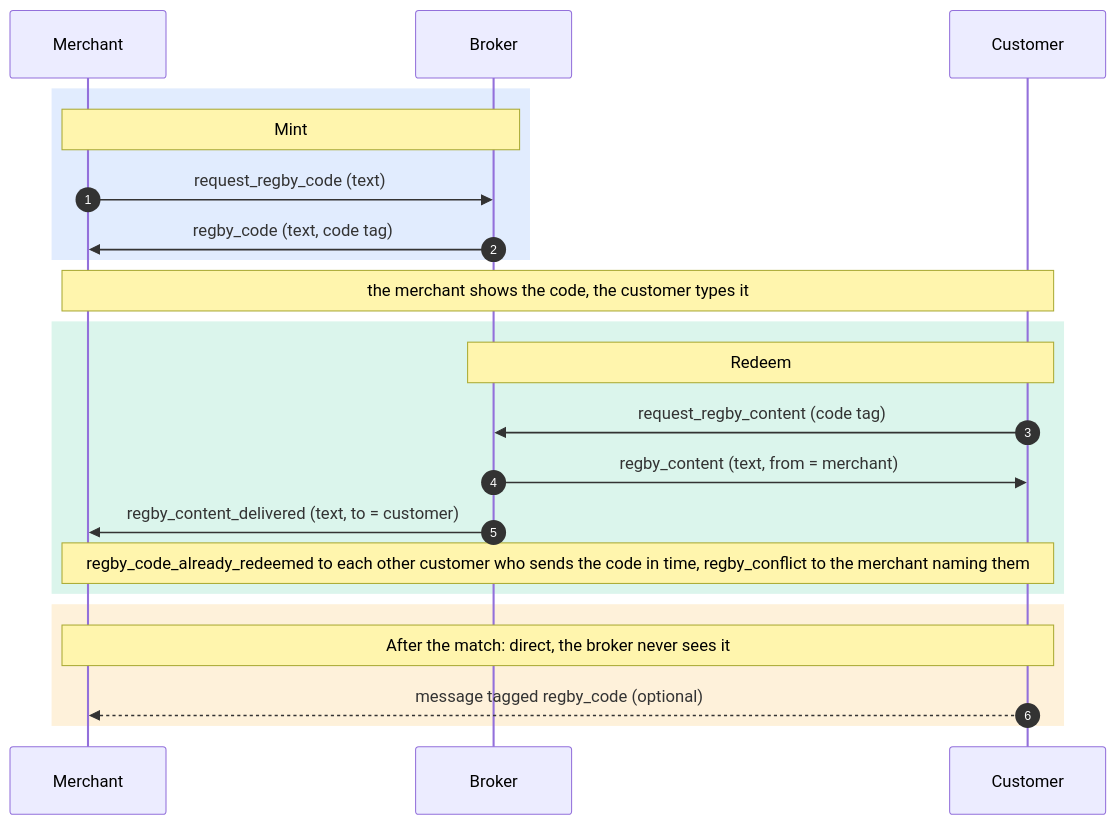
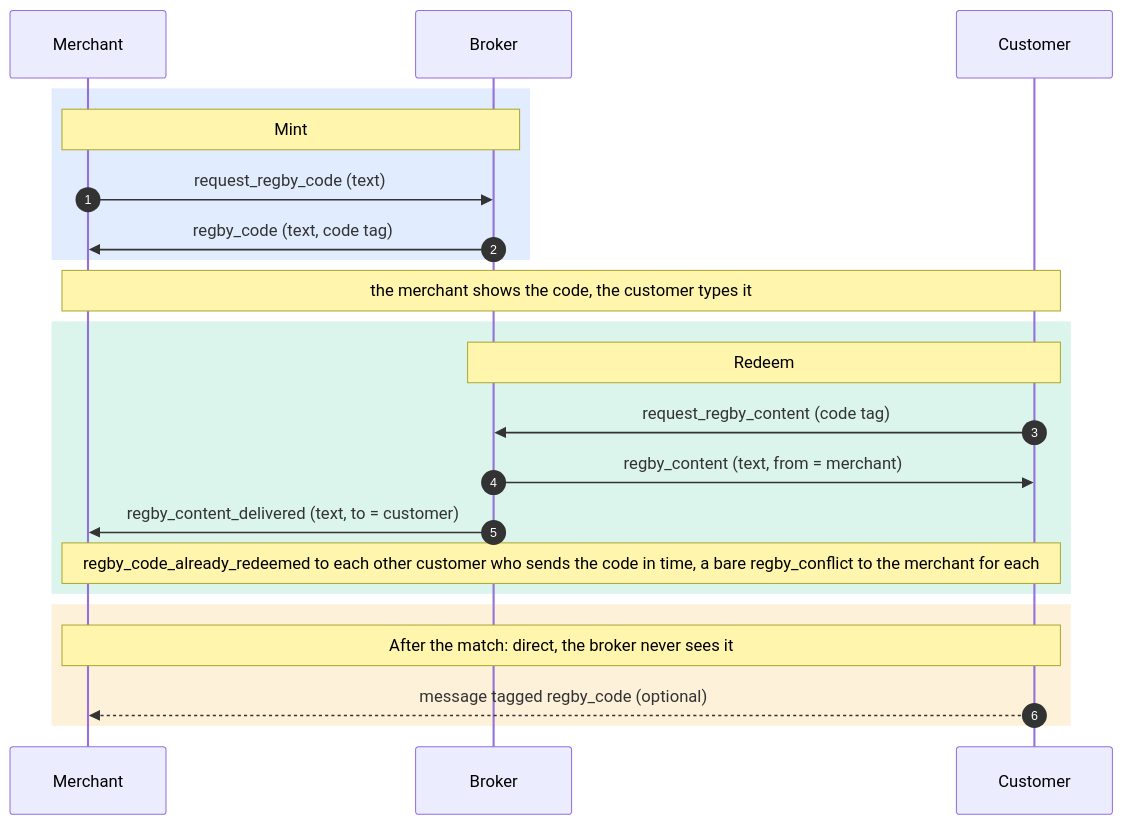
The diagram in README.md (ZenTenApp/regby-middleware), drawn with Mermaid before and after one commit. The commit also changed other lines of this file and 8 other files, not shown here.

First line of the commit message:
feat(regby): send the merchant's regby_conflict without a to tag

````diff
--- a/README.md
+++ b/README.md
@@ -11,24 +11,24 @@
 ```mermaid
 sequenceDiagram
     autonumber
     participant M as Merchant
     participant B as Broker
     participant C as Customer
     rect rgba(59, 130, 246, 0.15)
     Note over M,B: Mint
     M->>B: request_regby_code (text)
     B->>M: regby_code (text, code tag)
     end
     Note over M,C: the merchant shows the code, the customer types it
     rect rgba(16, 185, 129, 0.15)
     Note over B,C: Redeem
     C->>B: request_regby_content (code tag)
     B->>C: regby_content (text, from = merchant)
     B->>M: regby_content_delivered (text, to = customer)
-    Note over M,C: regby_code_already_redeemed to each other customer who sends the code in time, regby_conflict to the merchant naming them
+    Note over M,C: regby_code_already_redeemed to each other customer who sends the code in time, a bare regby_conflict to the merchant for each
     end
     rect rgba(245, 158, 11, 0.15)
     Note over M,C: After the match: direct, the broker never sees it
     C-->>M: message tagged regby_code (optional)
     end
 ```
````
